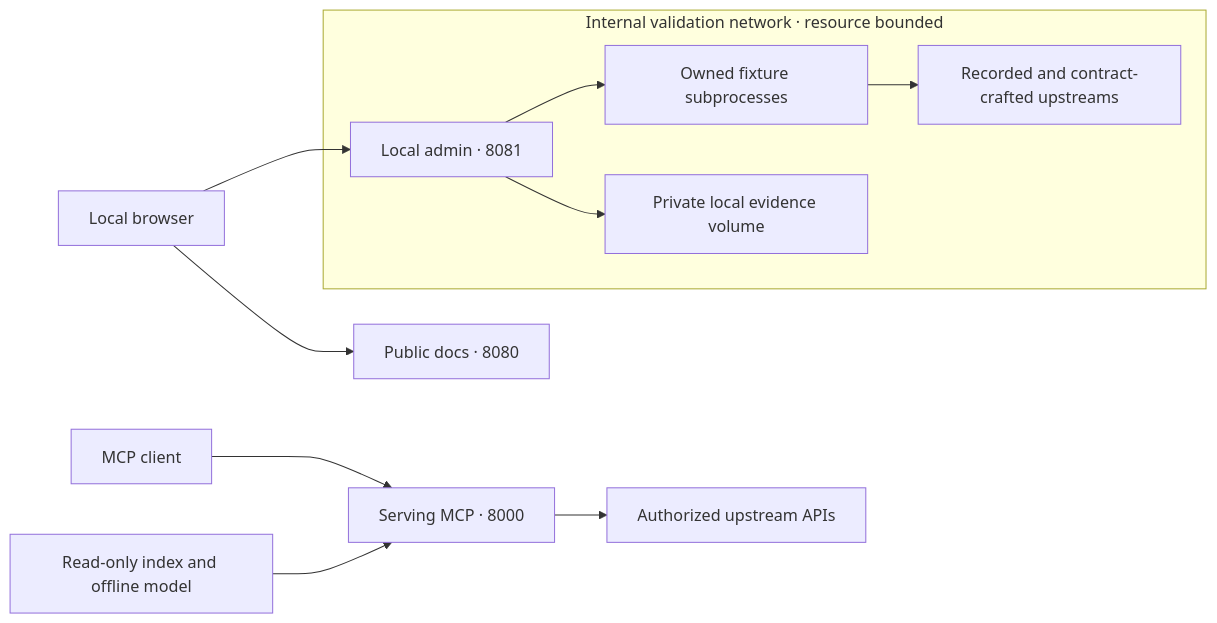
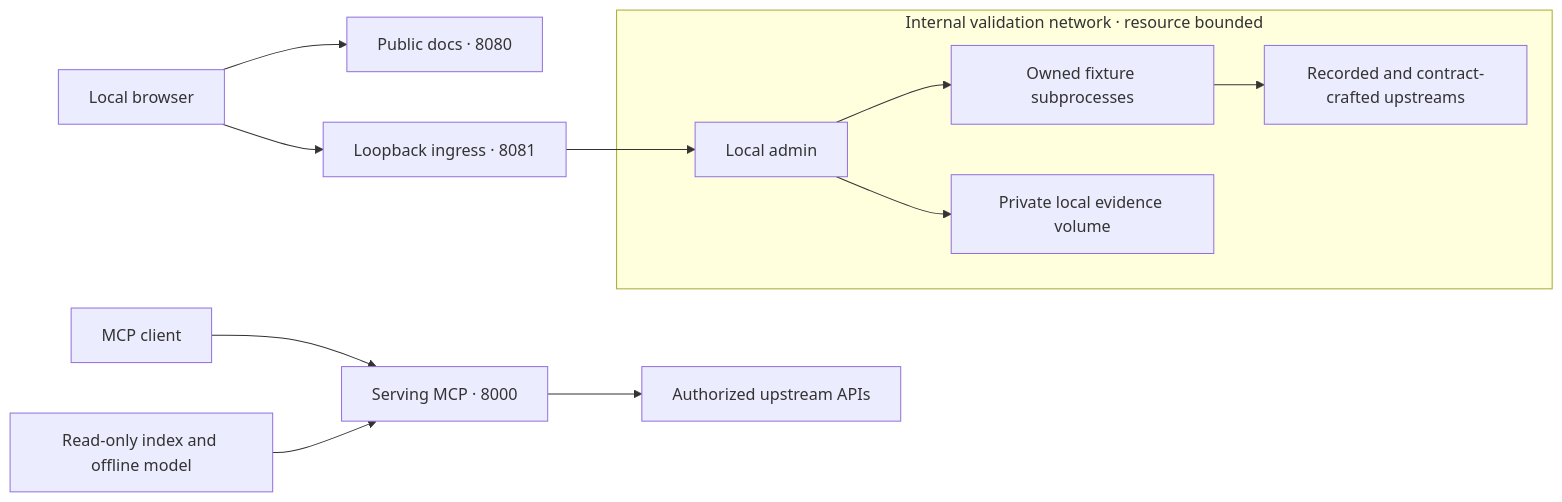
The diagram in docs/companion-containers.md (CBIIT/nci-si-mcp), drawn with Mermaid before and after one commit. The commit also changed other lines of this file and 23 other files, not shown here.

````diff
--- a/docs/companion-containers.md
+++ b/docs/companion-containers.md
@@ -58,13 +67,14 @@
 ```mermaid
 flowchart LR
   browser["Local browser"] --> docs["Public docs · 8080"]
-  browser --> admin["Local admin · 8081"]
+  browser --> relay["Loopback ingress · 8081"]
+  relay --> admin["Local admin"]
   client["MCP client"] --> serving["Serving MCP · 8000"]
   subgraph offline["Internal validation network · resource bounded"]
     admin --> workers["Owned fixture subprocesses"]
     workers --> fixtures["Recorded and contract-crafted upstreams"]
     admin --> evidence["Private local evidence volume"]
   end
   serving --> upstream["Authorized upstream APIs"]
   index["Read-only index and offline model"] --> serving
 ```
````
